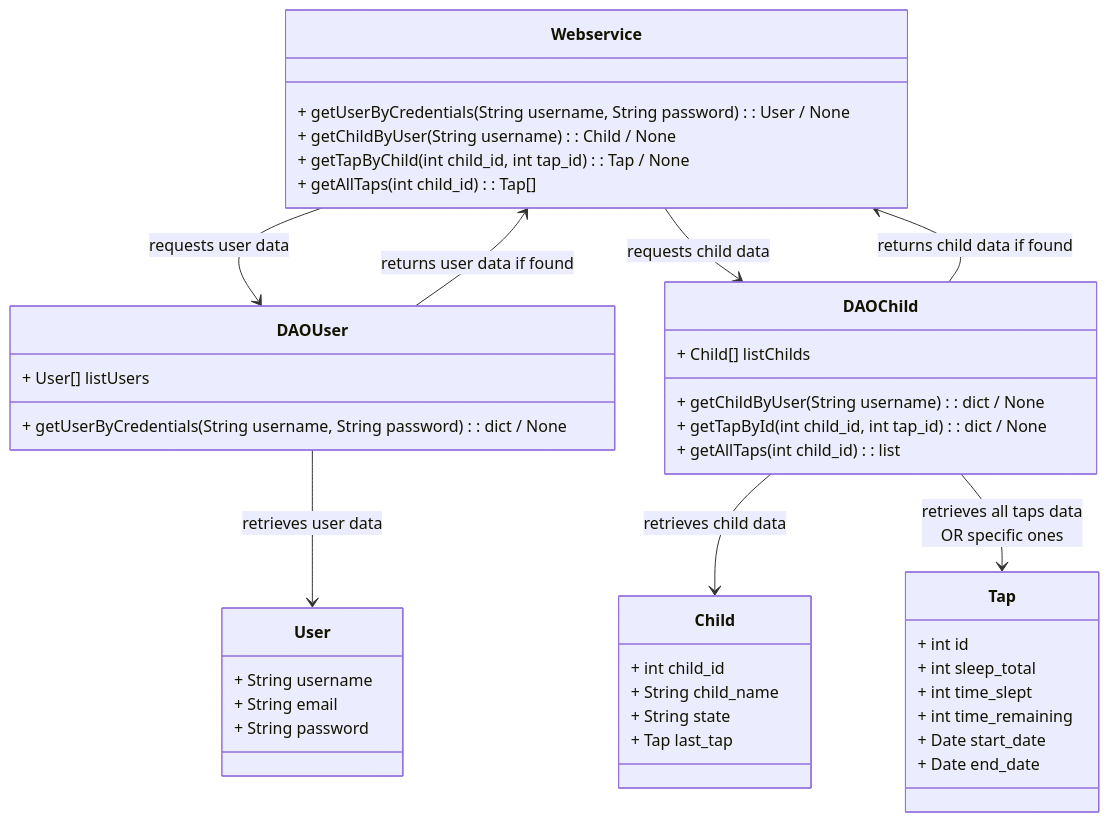
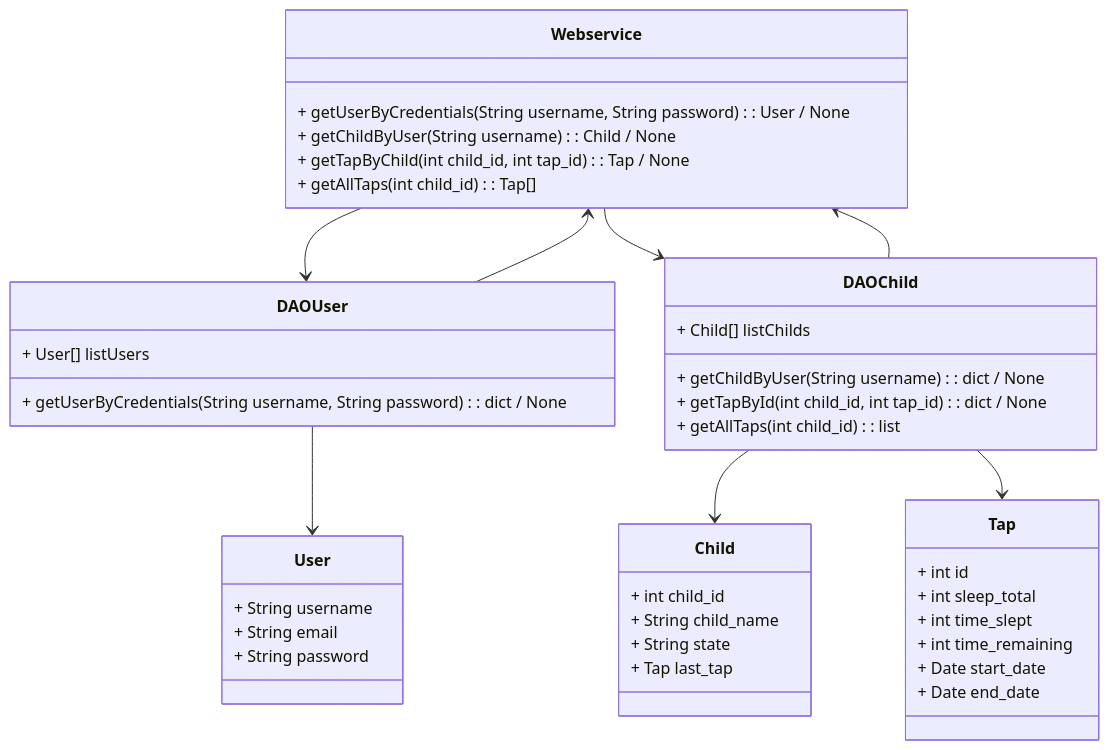
The diagram in Prototip2/BackEndP2.mmd (lauragrr1/tapatapp), drawn with Mermaid before and after one commit.

```diff
--- a/Prototip2/BackEndP2.mmd
+++ b/Prototip2/BackEndP2.mmd
@@ -1,49 +1,49 @@
 classDiagram
     class Webservice {
         + getUserByCredentials(String username, String password): User / None
         + getChildByUser(String username): Child / None
         + getTapByChild(int child_id, int tap_id): Tap / None
         + getAllTaps(int child_id): Tap[]
     }
 
     class DAOUser {
         + User[] listUsers
         + getUserByCredentials(String username, String password): dict / None
     }
 
     class User {
         + String username
         + String email
         + String password
     }
 
     class DAOChild {
         + Child[] listChilds
         + getChildByUser(String username): dict / None
         + getTapById(int child_id, int tap_id): dict / None
         + getAllTaps(int child_id): list
     }
 
     class Child {
         + int child_id
         + String child_name
         + String state
         + Tap last_tap
     }
 
     class Tap {
         + int id
         + int sleep_total
         + int time_slept
         + int time_remaining
         + Date start_date
         + Date end_date
     }
 
-    Webservice --> DAOUser: requests user data
-    DAOUser --> User: retrieves user data
-    DAOUser --> Webservice: returns user data if found
-    Webservice --> DAOChild: requests child data 
-    DAOChild --> Child: retrieves child data 
-    DAOChild --> Webservice: returns child data if found
-    DAOChild --> Tap: retrieves all taps data <br> OR specific ones 
+    Webservice --> DAOUser
+    DAOUser --> User
+    DAOUser --> Webservice
+    Webservice --> DAOChild
+    DAOChild --> Child 
+    DAOChild --> Webservice
+    DAOChild --> Tap
```
